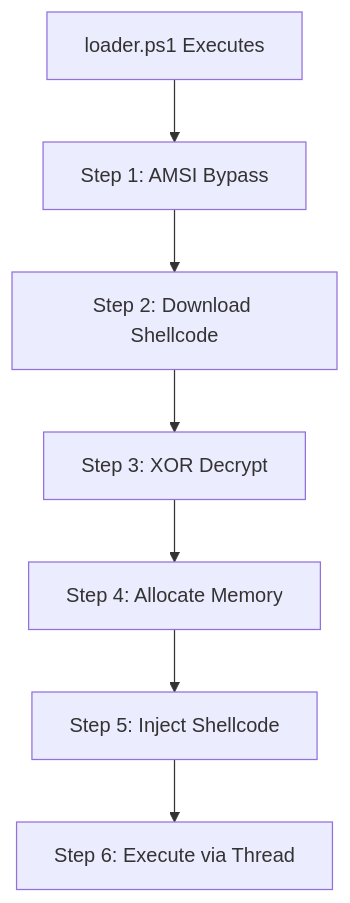
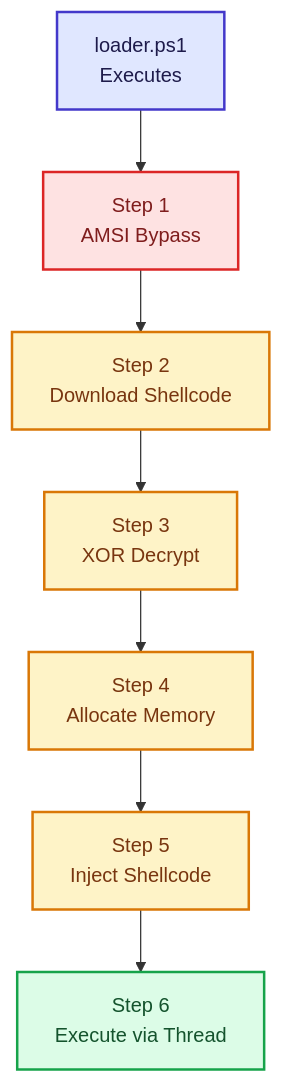
One commit to Danielle-Respes/Hidden-Directive-Threat-Hunt-Investigation-Sentinel-MDE-2026 changed the first of 2 diagrams in README.md. Above: the diagram before and after it, drawn with Mermaid. The commit also changed other lines of this file, not shown here.

````diff
--- a/README.md
+++ b/README.md
@@ -150,9 +149,19 @@
 ```mermaid
 graph TD
-    A["loader.ps1 Executes"] --> B["Step 1: AMSI Bypass"]
-    B --> C["Step 2: Download Shellcode"]
-    C --> D["Step 3: XOR Decrypt"]
-    D --> E["Step 4: Allocate Memory"]
-    E --> F["Step 5: Inject Shellcode"]
-    F --> G["Step 6: Execute via Thread"]
+    A["loader.ps1<br/>Executes"] --> B["Step 1<br/>AMSI Bypass"]
+    B --> C["Step 2<br/>Download Shellcode"]
+    C --> D["Step 3<br/>XOR Decrypt"]
+    D --> E["Step 4<br/>Allocate Memory"]
+    E --> F["Step 5<br/>Inject Shellcode"]
+    F --> G["Step 6<br/>Execute via Thread"]
+
+    classDef entry fill:#e0e7ff,stroke:#4338ca,stroke-width:2px,color:#1e1b4b
+    classDef evasion fill:#fee2e2,stroke:#dc2626,stroke-width:2px,color:#7f1d1d
+    classDef stage fill:#fef3c7,stroke:#d97706,stroke-width:2px,color:#78350f
+    classDef exec fill:#dcfce7,stroke:#16a34a,stroke-width:2px,color:#14532d
+
+    class A entry
+    class B evasion
+    class C,D,E,F stage
+    class G exec
 ```
````
